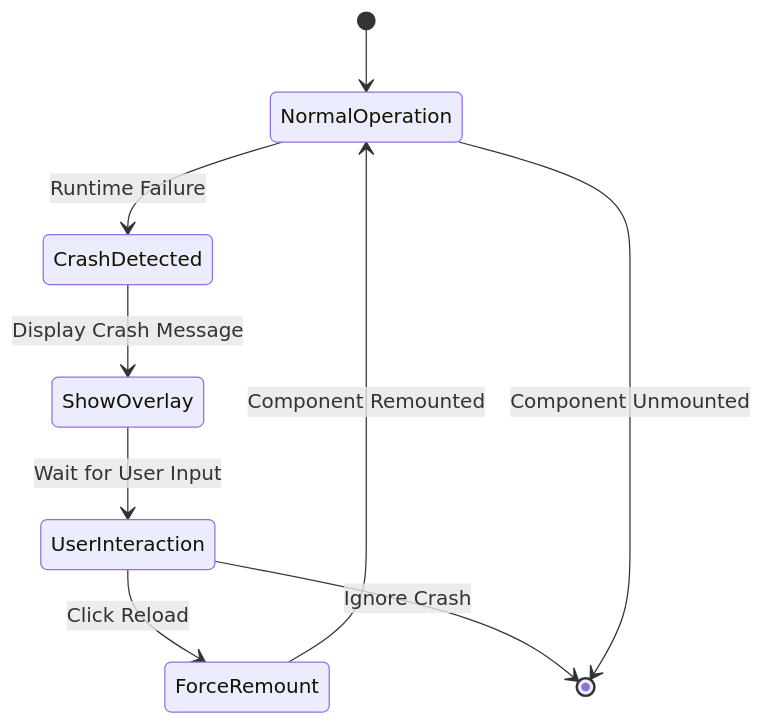
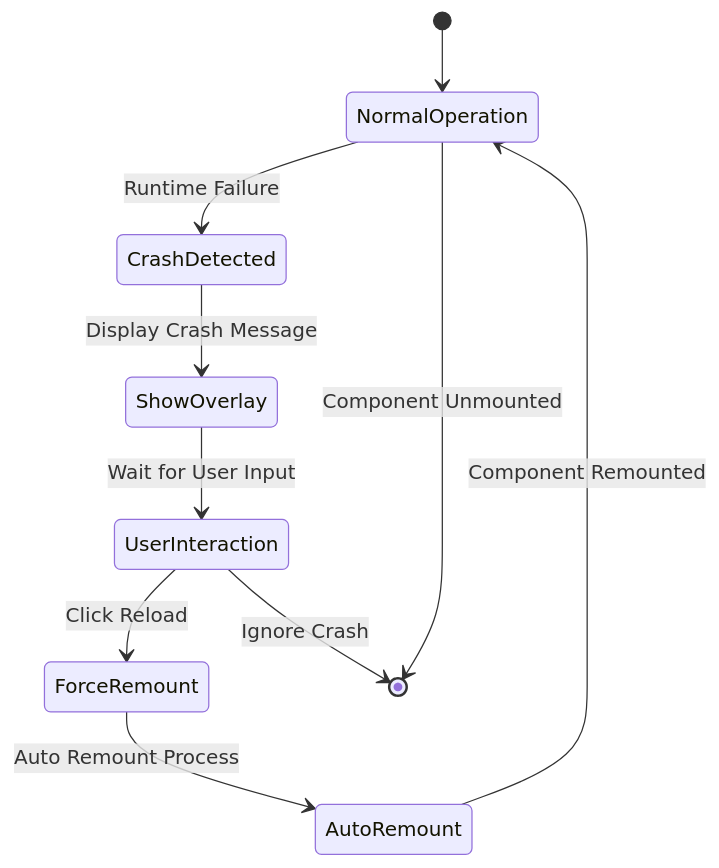
Before and after one commit to shekhargiri005-dotcom/AI-powered-accessibility-first-UI-engine: the fifth of 11 diagrams in .qoder/repowiki/en/content/Sandbox Runtime Crash Handling.md, drawn with Mermaid. The commit also changed other lines of this file and 3 other files, not shown here.

````diff
--- a/.qoder/repowiki/en/content/Sandbox Runtime Crash Handling.md
+++ b/.qoder/repowiki/en/content/Sandbox Runtime Crash Handling.md
@@ -207,11 +227,12 @@
 ```mermaid
 stateDiagram-v2
 [*] --> NormalOperation
 NormalOperation --> CrashDetected : Runtime Failure
 CrashDetected --> ShowOverlay : Display Crash Message
 ShowOverlay --> UserInteraction : Wait for User Input
 UserInteraction --> ForceRemount : Click Reload
-ForceRemount --> NormalOperation : Component Remounted
+ForceRemount --> AutoRemount : Auto Remount Process
+AutoRemount --> NormalOperation : Component Remounted
 UserInteraction --> [*] : Ignore Crash
 NormalOperation --> [*] : Component Unmounted
 ```
````
